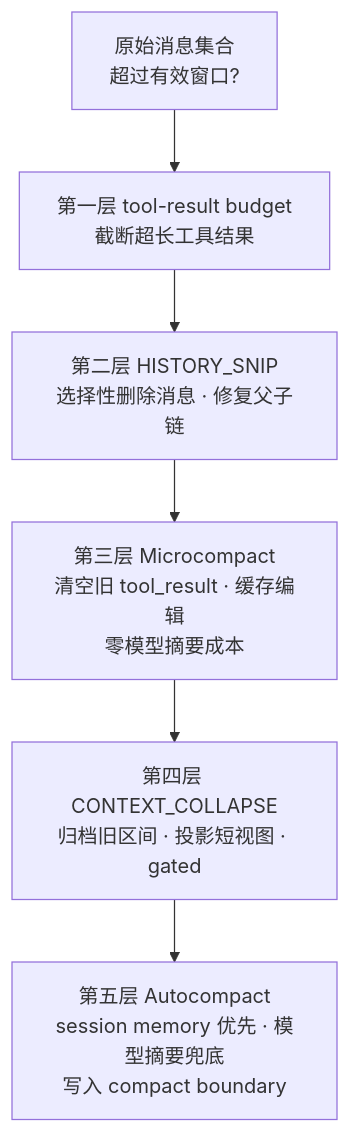
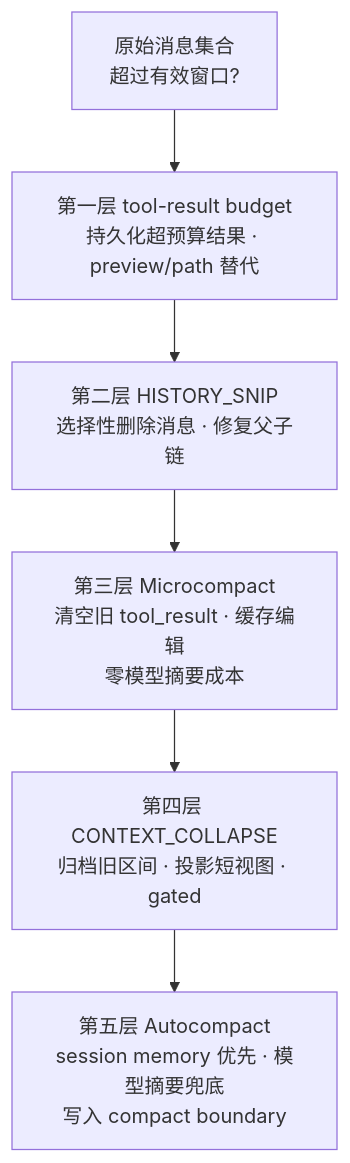
One commit to TaurusGGBOY/TaurusGGBOY.github.io changed the diagram in src/content/posts/claude-code-source-reading-17.md. Above: the diagram before and after it, drawn with Mermaid. The commit also changed other lines of this file, not shown here.

````diff
--- a/src/content/posts/claude-code-source-reading-17.md
+++ b/src/content/posts/claude-code-source-reading-17.md
@@ -42,13 +42,13 @@
 ```mermaid
 flowchart TB
     A[原始消息集合<br/>超过有效窗口?] --> B
-    B[第一层 tool-result budget<br/>截断超长工具结果]
+    B[第一层 tool-result budget<br/>持久化超预算结果 · preview/path 替代]
     B --> C
     C[第二层 HISTORY_SNIP<br/>选择性删除消息 · 修复父子链]
     C --> D
     D[第三层 Microcompact<br/>清空旧 tool_result · 缓存编辑<br/>零模型摘要成本]
     D --> E
     E[第四层 CONTEXT_COLLAPSE<br/>归档旧区间 · 投影短视图 · gated]
     E --> F
     F[第五层 Autocompact<br/>session memory 优先 · 模型摘要兜底<br/>写入 compact boundary]
 ```
````
